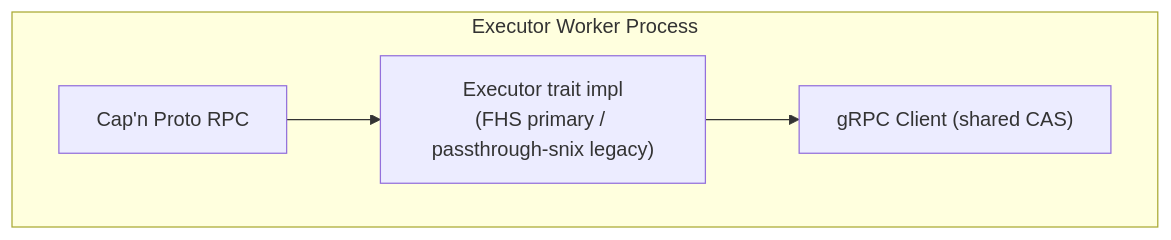
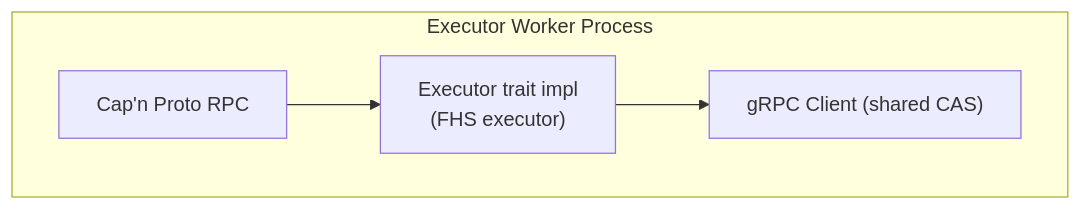
One commit to axiosoph/axios changed the fourth of 9 diagrams in docs/architecture/eos-sad.md. Above: the diagram before and after it, drawn with Mermaid. The commit also changed other lines of this file and 11 other files, not shown here.

````diff
--- a/docs/architecture/eos-sad.md
+++ b/docs/architecture/eos-sad.md
@@ -327,11 +324,11 @@
 ```mermaid
 graph TB
     subgraph "Executor Worker Process"
         EWRPC["Cap'n Proto RPC"]
-        EXECT["Executor trait impl\n(FHS primary / passthrough-snix legacy)"]
+        EXECT["Executor trait impl\n(FHS executor)"]
         GRPC["gRPC Client (shared CAS)"]
     end
 
     EWRPC --> EXECT
     EXECT --> GRPC
 ```
````
